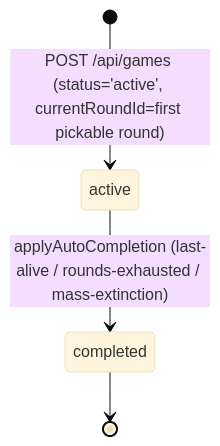
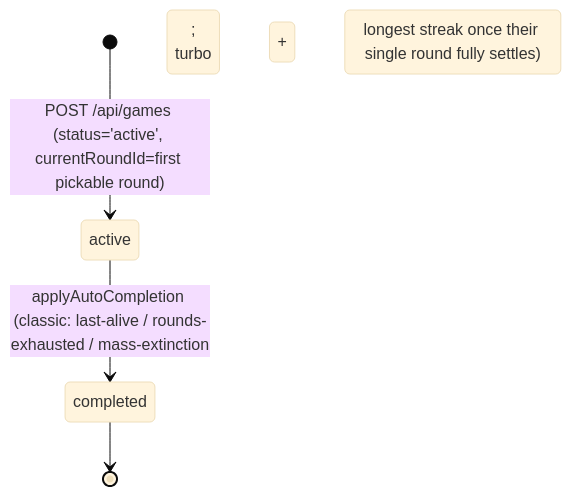
Before and after one commit to lennons301/last-person-standing: the second of 4 diagrams in docs/game-modes/README.md, drawn with Mermaid (base theme). The commit also changed other lines of this file and 2 other files, not shown here.

First line of the commit message:
docs(game-modes): correct cup to single-round; scope advancement to classic

````diff
--- a/docs/game-modes/README.md
+++ b/docs/game-modes/README.md
@@ -50,6 +49,6 @@
 ```mermaid
 stateDiagram-v2
     [*] --> active: POST /api/games (status='active', currentRoundId=first pickable round)
-    active --> completed: applyAutoCompletion (last-alive / rounds-exhausted / mass-extinction)
+    active --> completed: applyAutoCompletion (classic: last-alive / rounds-exhausted / mass-extinction;<br/>turbo + cup: longest streak once their single round fully settles)
     completed --> [*]
 ```
````
